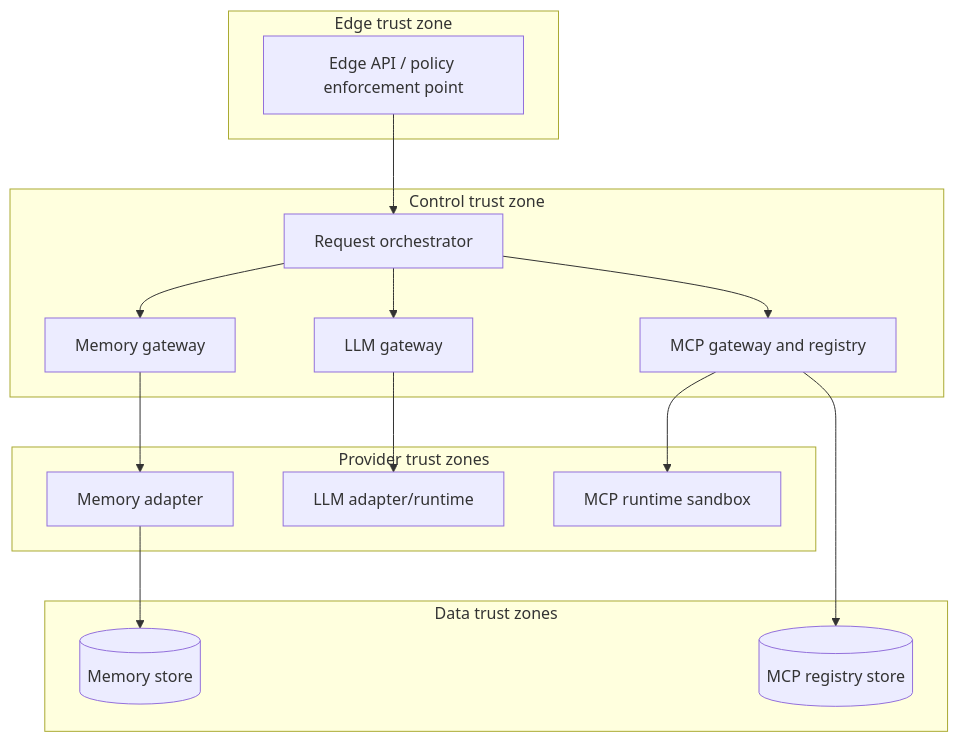
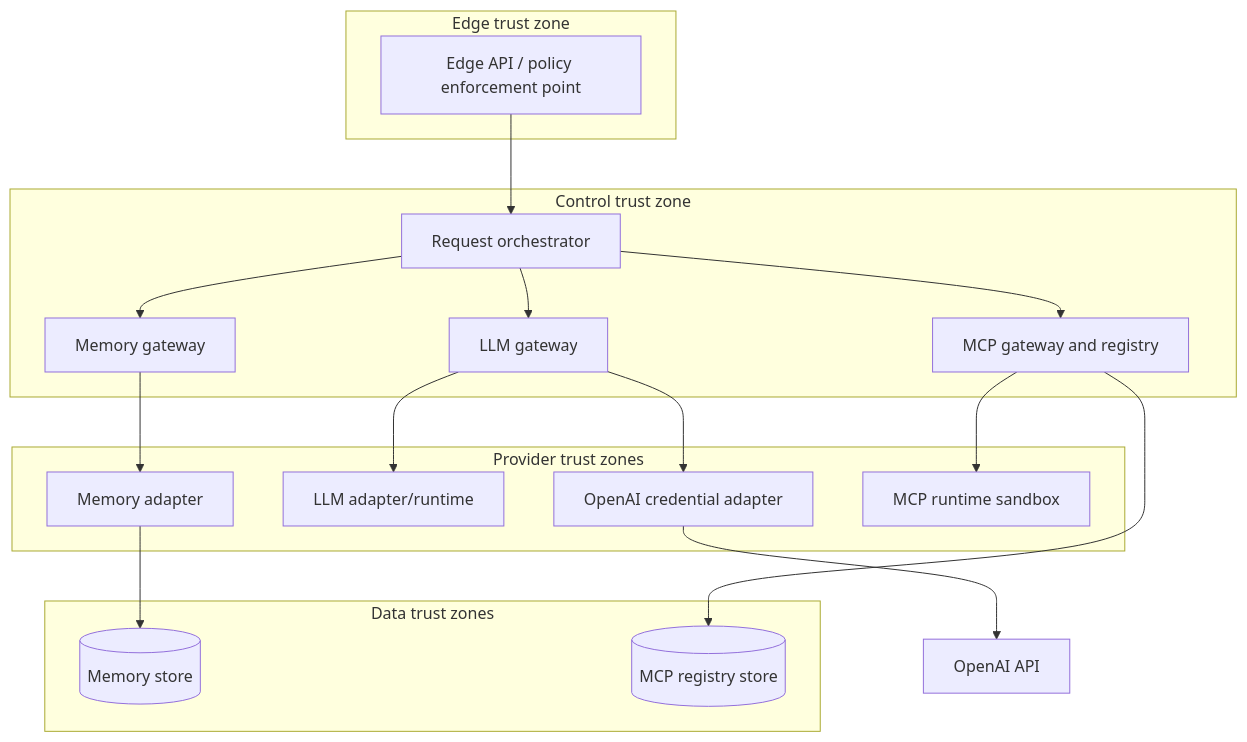
Before and after one commit to diaryfolio/aiops-fabric: the diagram in docs/design/high-level/10-overall/02-runtime-topology-flow.md, drawn with Mermaid. The commit also changed other lines of this file and 97 other files, not shown here.

````diff
--- a/docs/design/high-level/10-overall/02-runtime-topology-flow.md
+++ b/docs/design/high-level/10-overall/02-runtime-topology-flow.md
@@ -5,27 +5,29 @@
 ```mermaid
 flowchart TB
     subgraph Edge["Edge trust zone"]
       API["Edge API / policy enforcement point"]
     end
     subgraph Control["Control trust zone"]
       ORC["Request orchestrator"]
       MCP["MCP gateway and registry"]
       MEM["Memory gateway"]
       LLM["LLM gateway"]
     end
     subgraph Providers["Provider trust zones"]
       MR["Memory adapter"]
       LR["LLM adapter/runtime"]
+      OA["OpenAI credential adapter"]
       XR["MCP runtime sandbox"]
     end
     subgraph Data["Data trust zones"]
       MD[("Memory store")]
       XD[("MCP registry store")]
     end
     API --> ORC
     ORC --> MEM & LLM & MCP
     MEM --> MR --> MD
     LLM --> LR
+    LLM --> OA --> CLOUD["OpenAI API"]
     MCP --> XR
     MCP --> XD
 ```
````
